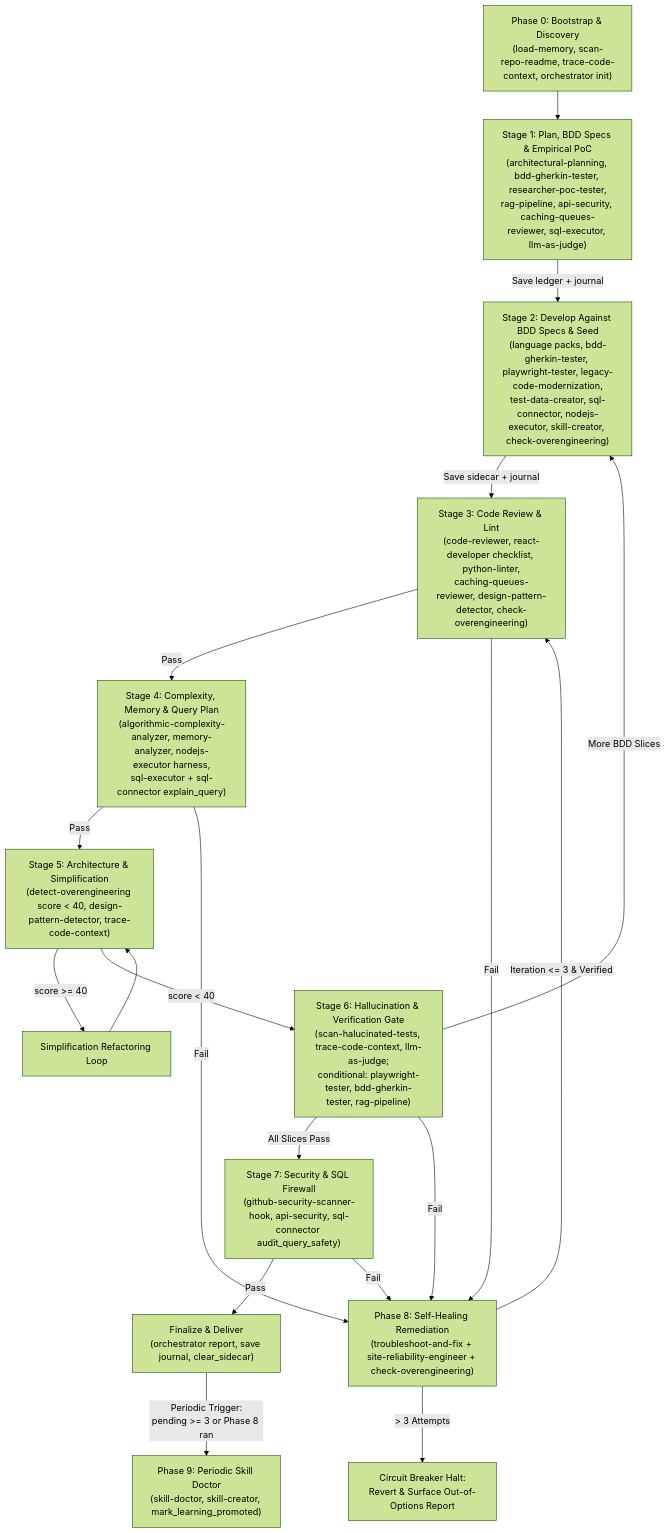
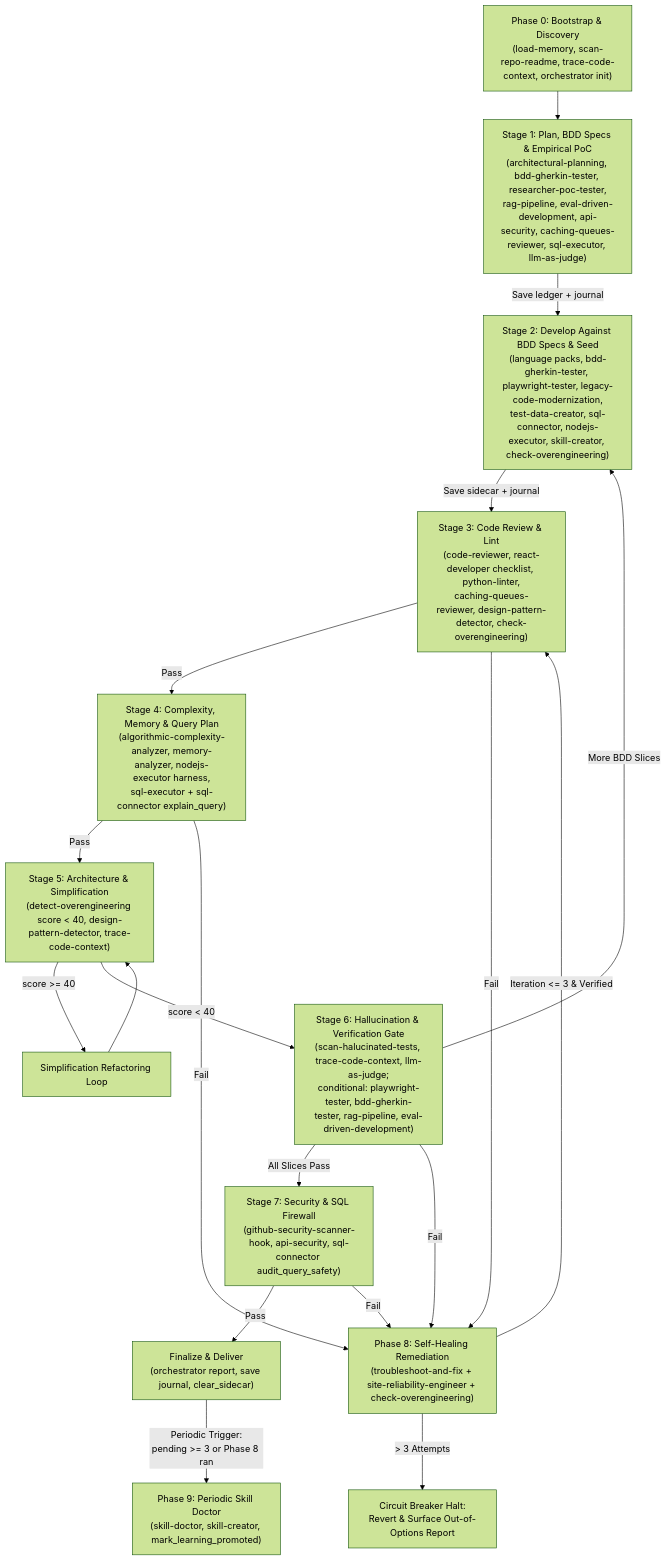
The diagram in .github/agents/software-factory-agent.md (nainishshafi/developer-productivity-skills), drawn with Mermaid (forest theme) before and after one commit. The commit also changed other lines of this file and 4 other files, not shown here.

Commit message:
feat: add eval-driven-development skill and integrate into orchestration loop

````diff
--- a/.github/agents/software-factory-agent.md
+++ b/.github/agents/software-factory-agent.md
@@ -42,24 +42,24 @@
 ```mermaid
 flowchart TD
     B["Phase 0: Bootstrap & Discovery<br/>(load-memory, scan-repo-readme, trace-code-context, orchestrator init)"] --> S1
-    S1["Stage 1: Plan, BDD Specs & Empirical PoC<br/>(architectural-planning, bdd-gherkin-tester, researcher-poc-tester,<br/>rag-pipeline, api-security, caching-queues-reviewer, sql-executor, llm-as-judge)"] -->|Save ledger + journal| S2
+    S1["Stage 1: Plan, BDD Specs & Empirical PoC<br/>(architectural-planning, bdd-gherkin-tester, researcher-poc-tester,<br/>rag-pipeline, eval-driven-development, api-security, caching-queues-reviewer, sql-executor, llm-as-judge)"] -->|Save ledger + journal| S2
     S2["Stage 2: Develop Against BDD Specs & Seed<br/>(language packs, bdd-gherkin-tester, playwright-tester, legacy-code-modernization,<br/>test-data-creator, sql-connector, nodejs-executor, skill-creator, check-overengineering)"] -->|Save sidecar + journal| S3
     S3["Stage 3: Code Review & Lint<br/>(code-reviewer, react-developer checklist, python-linter,<br/>caching-queues-reviewer, design-pattern-detector, check-overengineering)"] -->|Pass| S4
     S4["Stage 4: Complexity, Memory & Query Plan<br/>(algorithmic-complexity-analyzer, memory-analyzer, nodejs-executor harness,<br/>sql-executor + sql-connector explain_query)"] -->|Pass| S5
     S5["Stage 5: Architecture & Simplification<br/>(detect-overengineering score < 40, design-pattern-detector, trace-code-context)"] -->|score >= 40| S5_Loop["Simplification Refactoring Loop"]
     S5_Loop --> S5
     S5 -->|score < 40| S6
-    S6["Stage 6: Hallucination & Verification Gate<br/>(scan-halucinated-tests, trace-code-context, llm-as-judge;<br/>conditional: playwright-tester, bdd-gherkin-tester, rag-pipeline)"] -->|More BDD Slices| S2
+    S6["Stage 6: Hallucination & Verification Gate<br/>(scan-halucinated-tests, trace-code-context, llm-as-judge;<br/>conditional: playwright-tester, bdd-gherkin-tester, rag-pipeline, eval-driven-development)"] -->|More BDD Slices| S2
     S6 -->|All Slices Pass| S7
     S7["Stage 7: Security & SQL Firewall<br/>(github-security-scanner-hook, api-security, sql-connector audit_query_safety)"] -->|Pass| F
 
     S3 -->|Fail| R
     S4 -->|Fail| R
     S6 -->|Fail| R
     S7 -->|Fail| R
 
     R["Phase 8: Self-Healing Remediation<br/>(troubleshoot-and-fix + site-reliability-engineer + check-overengineering)"] -->|"Iteration <= 3 & Verified"| S3
     R -->|"> 3 Attempts"| CB["Circuit Breaker Halt:<br/>Revert & Surface Out-of-Options Report"]
 
     F["Finalize & Deliver<br/>(orchestrator report, save journal, clear_sidecar)"] -->|"Periodic Trigger:<br/>pending >= 3 or Phase 8 ran"| SD["Phase 9: Periodic Skill Doctor<br/>(skill-doctor, skill-creator, mark_learning_promoted)"]
 ```
````
